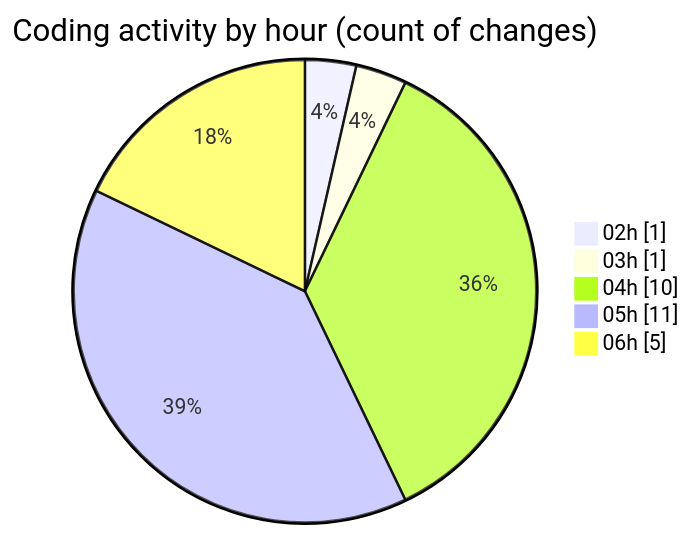
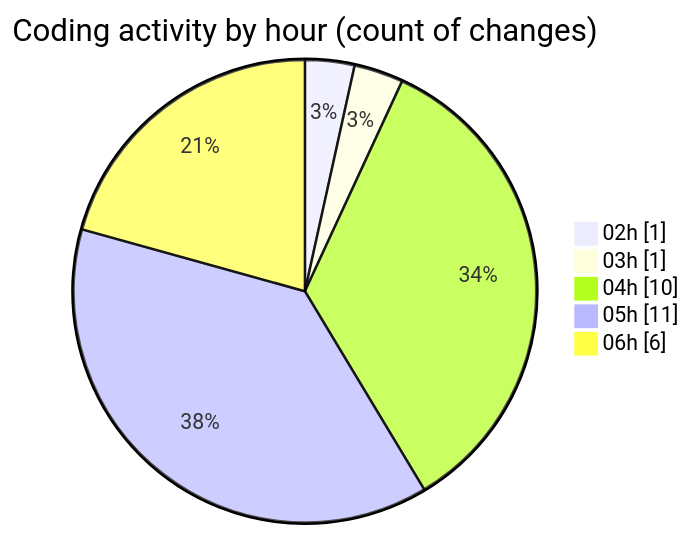
One commit to julien-gomy/code-tracking changed the second of 2 diagrams in 2025-10-31/cdp_aleoudev_fr__workspace_/README.md. Above: the diagram before and after it, drawn with Mermaid. The commit also changed other lines of this file and 1 other file, not shown here.

````diff
--- a/2025-10-31/cdp_aleoudev_fr__workspace_/README.md
+++ b/2025-10-31/cdp_aleoudev_fr__workspace_/README.md
@@ -29,9 +29,9 @@
 ```mermaid
 pie showData
 title Coding activity by hour (count of changes)
 "02h" : 1
 "03h" : 1
 "04h" : 10
 "05h" : 11
-"06h" : 5
+"06h" : 6
 ```
````
